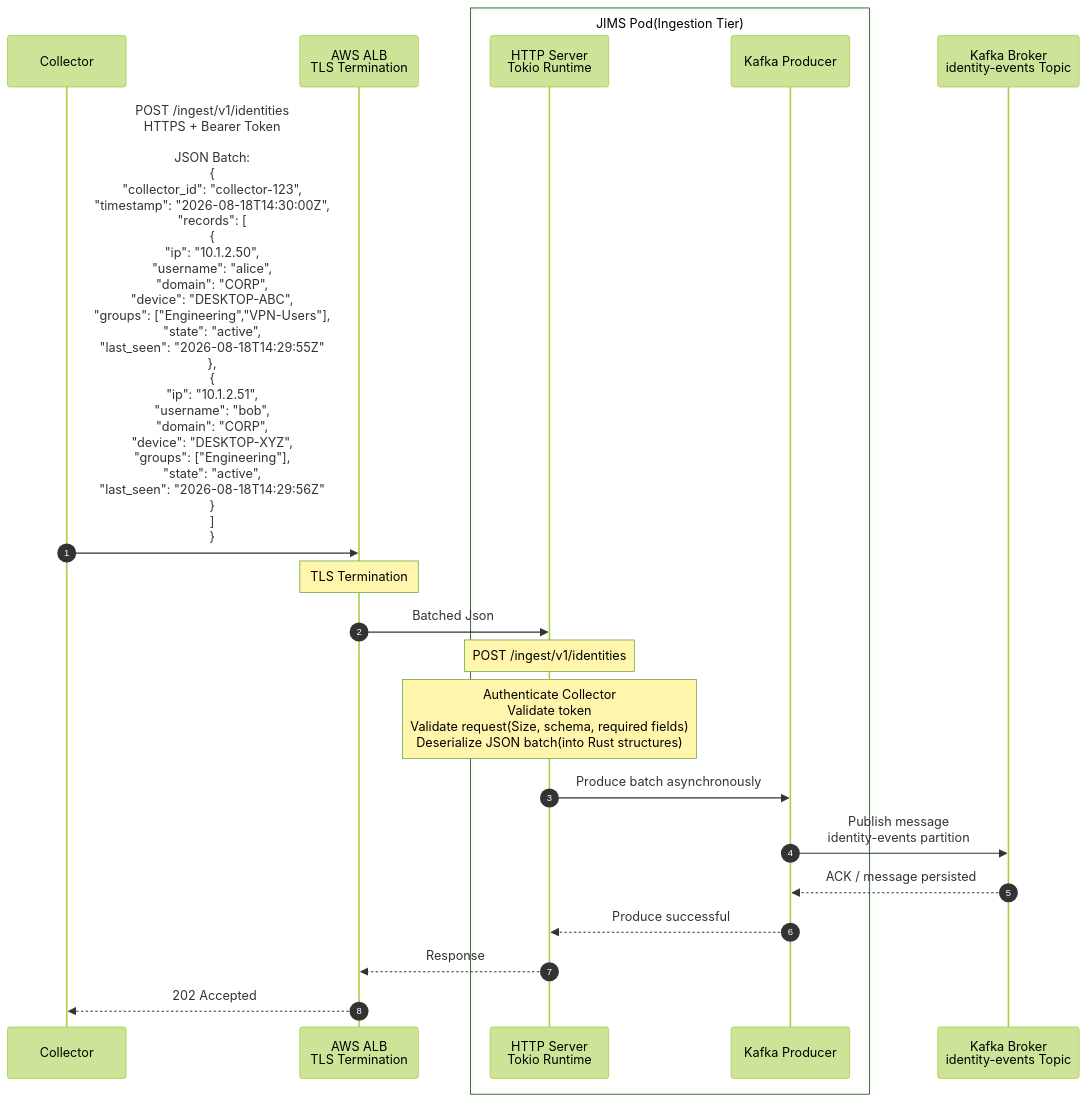
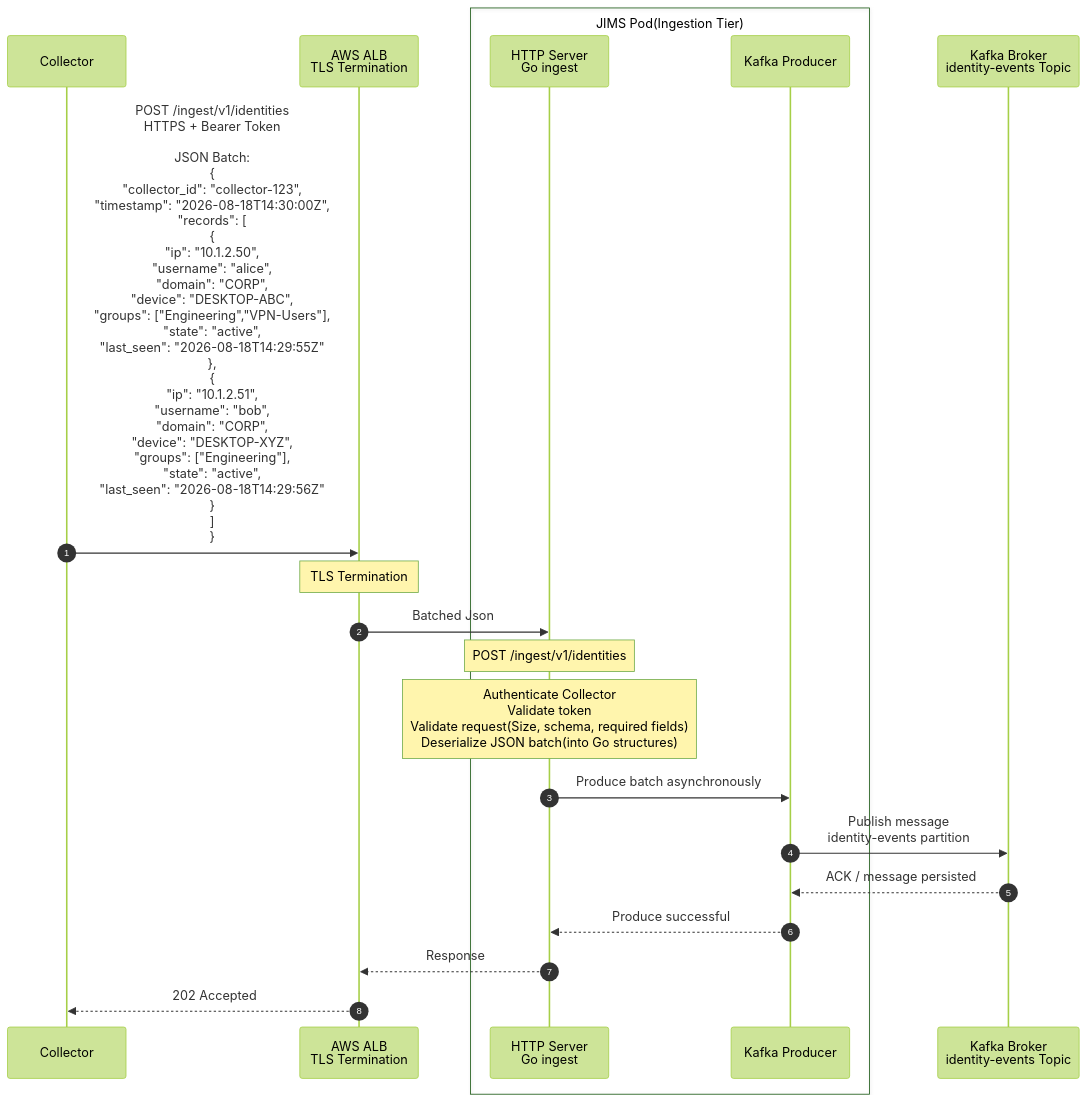
One commit to code-with-amitk/IdentityBridge changed the diagram in Documentation/Scaling_1.5M_Requests_per_sec/Ingestion_Tier/README.md. Above: the diagram before and after it, drawn with Mermaid (forest theme). The commit also changed other lines of this file and 10 other files, not shown here.

````diff
--- a/Documentation/Scaling_1.5M_Requests_per_sec/Ingestion_Tier/README.md
+++ b/Documentation/Scaling_1.5M_Requests_per_sec/Ingestion_Tier/README.md
@@ -209,31 +209,31 @@
 ```mermaid
 sequenceDiagram
     autonumber
 
     participant C as Collector
     participant LB as AWS ALB<br/>TLS Termination
     box JIMS Pod(Ingestion Tier)
-    participant H as HTTP Server<br>Tokio Runtime
+    participant H as HTTP Server<br>Go ingest
     participant KP as Kafka Producer
     end
     participant K as Kafka Broker<br/>identity-events Topic
 
     C->>LB: POST /ingest/v1/identities<br/>HTTPS + Bearer Token<br/><br/>JSON Batch:<br/>{<br/>  "collector_id": "collector-123",<br/>  "timestamp": "2026-08-18T14:30:00Z",<br/>  "records": [<br/>    {<br/>      "ip": "10.1.2.50",<br/>      "username": "alice",<br/>      "domain": "CORP",<br/>      "device": "DESKTOP-ABC",<br/>      "groups": ["Engineering","VPN-Users"],<br/>      "state": "active",<br/>      "last_seen": "2026-08-18T14:29:55Z"<br/>    },<br/>    {<br/>      "ip": "10.1.2.51",<br/>      "username": "bob",<br/>      "domain": "CORP",<br/>      "device": "DESKTOP-XYZ",<br/>      "groups": ["Engineering"],<br/>      "state": "active",<br/>      "last_seen": "2026-08-18T14:29:56Z"<br/>    }<br/>  ]<br/>}
     Note over LB: TLS Termination
 
     LB->>H: Batched Json
     Note over H: POST /ingest/v1/identities
-    Note over H: Authenticate Collector<br/>Validate token<br>Validate request(Size, schema, required fields)<br>Deserialize JSON batch(into Rust structures)
+    Note over H: Authenticate Collector<br/>Validate token<br>Validate request(Size, schema, required fields)<br>Deserialize JSON batch(into Go structures)
 
     H->>KP: Produce batch asynchronously
 
     KP->>K: Publish message<br/>identity-events partition
 
     K-->>KP: ACK / message persisted
 
     KP-->>H: Produce successful
 
     H-->>LB: Response
 
     LB-->>C: 202 Accepted
 ```
````
